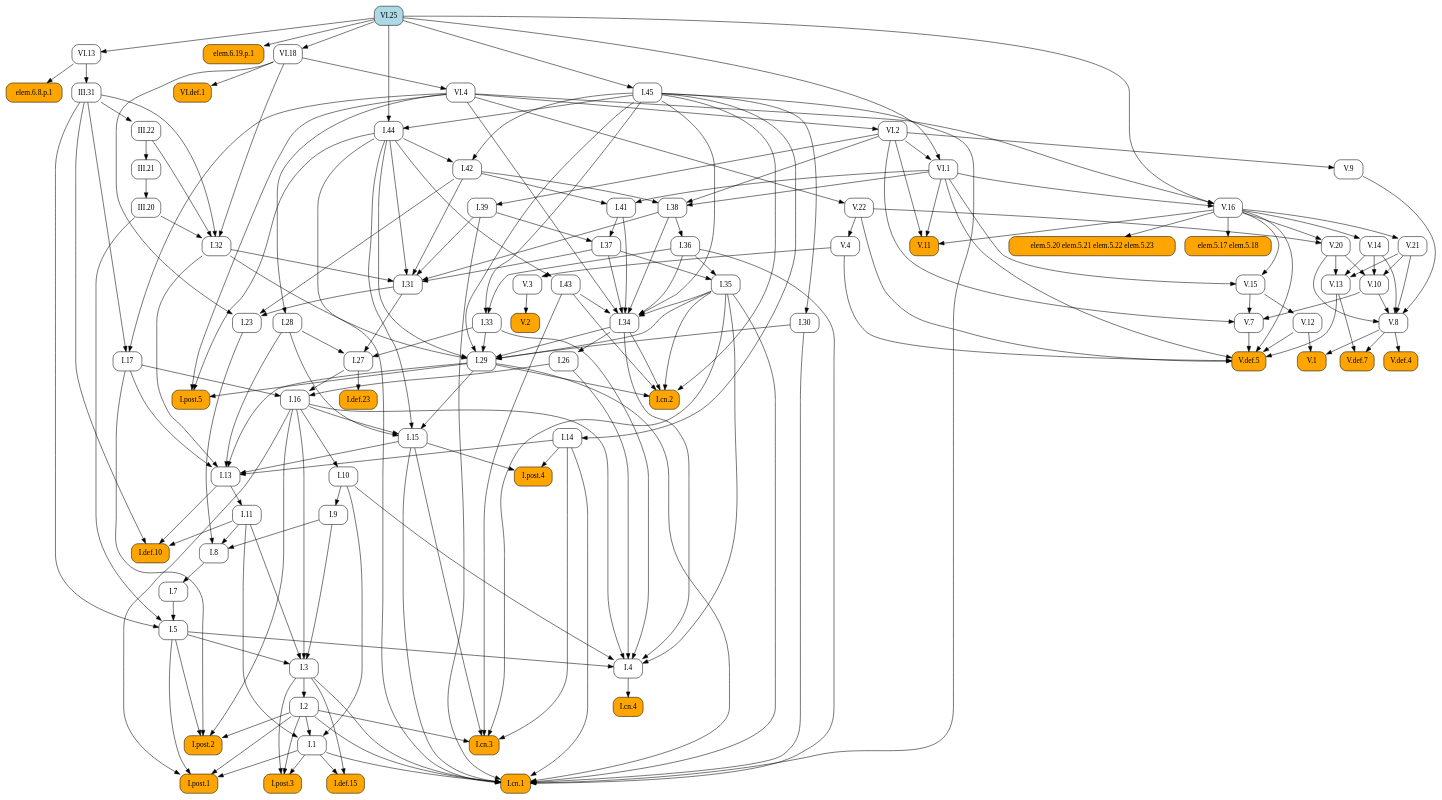
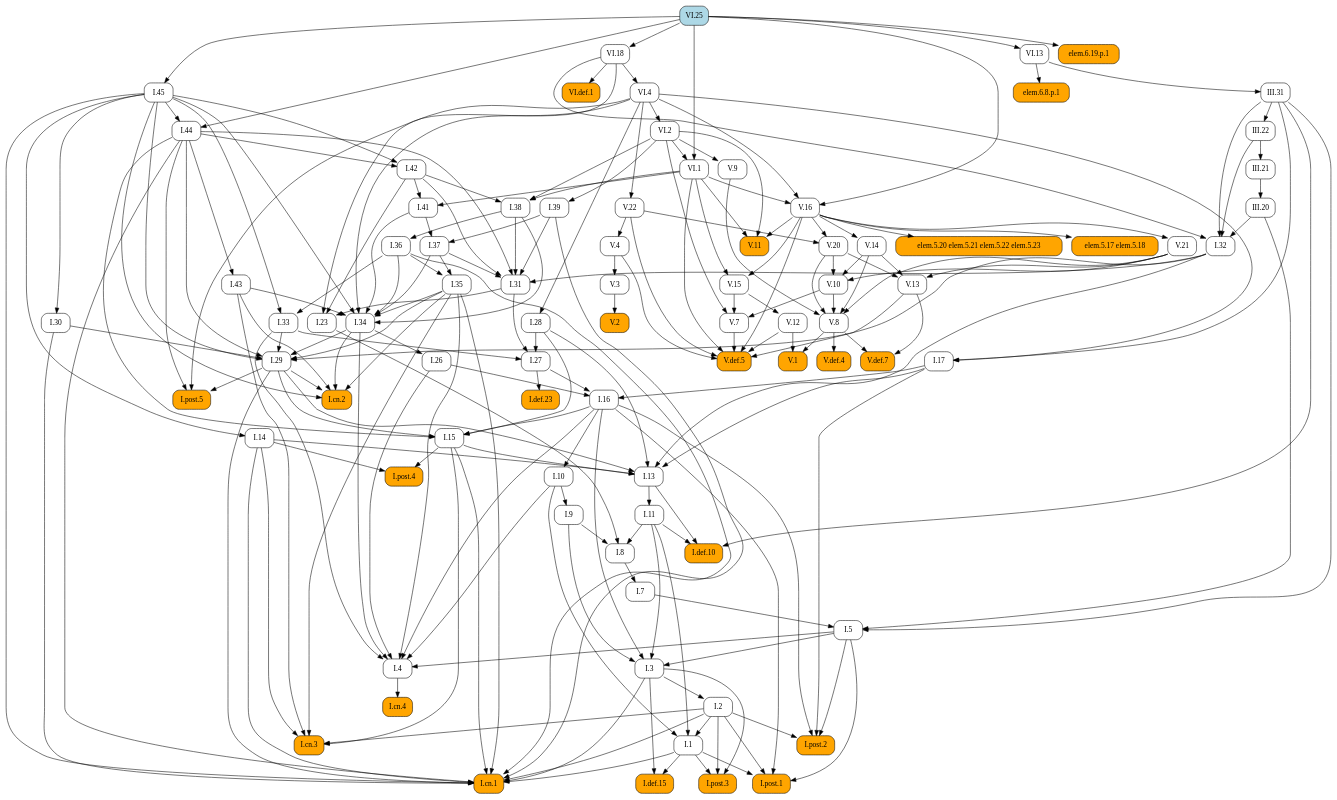
The diagram in docsrc/elements2/VI/25/index.rst (geometor/elements), drawn with Graphviz before and after one commit. The commit also changed other lines of this file and 409 other files, not shown here.

First line of the commit message:
feat: Add image cropping and graphic extraction script

```diff
--- a/docsrc/elements2/VI/25/index.rst
+++ b/docsrc/elements2/VI/25/index.rst
@@ -51,258 +51,116 @@
    digraph {
      rankdir="TB";
      node [shape=box, style=rounded];
+     "I.31" [URL="/elements2/I/31/", target="_top"];
+     "I.41" [URL="/elements2/I/41/", target="_top"];
+     "V.10" [URL="/elements2/V/10/", target="_top"];
      "I.8" [URL="/elements2/I/8/", target="_top"];
-     "V.20" [URL="/elements2/V/20/", target="_top"];
+     "I.15" [URL="/elements2/I/15/", target="_top"];
+     "VI.1" [URL="/elements2/VI/1/", target="_top"];
+     "V.8" [URL="/elements2/V/8/", target="_top"];
+     "I.44" [URL="/elements2/I/44/", target="_top"];
+     "I.26" [URL="/elements2/I/26/", target="_top"];
+     "I.cn.1" [style="rounded,filled", fillcolor=orange, URL="/elements2/I/cn.1/", target="_top"];
+     "elem.5.20 elem.5.21 elem.5.22 elem.5.23" [style="rounded,filled", fillcolor=orange];
+     "elem.6.8.p.1" [style="rounded,filled", fillcolor=orange];
+     "I.28" [URL="/elements2/I/28/", target="_top"];
+     "V.def.5" [style="rounded,filled", fillcolor=orange, URL="/elements2/V/def.5/", target="_top"];
+     "I.16" [URL="/elements2/I/16/", target="_top"];
+     "VI.13" [URL="/elements2/VI/13/", target="_top"];
+     "I.35" [URL="/elements2/I/35/", target="_top"];
+     "I.34" [URL="/elements2/I/34/", target="_top"];
+     "elem.6.19.p.1" [style="rounded,filled", fillcolor=orange];
+     "I.30" [URL="/elements2/I/30/", target="_top"];
+     "VI.18" [URL="/elements2/VI/18/", target="_top"];
+     "VI.4" [URL="/elements2/VI/4/", target="_top"];
+     "I.33" [URL="/elements2/I/33/", target="_top"];
+     "V.15" [URL="/elements2/V/15/", target="_top"];
+     "V.4" [URL="/elements2/V/4/", target="_top"];
+     "elem.5.17 elem.5.18" [style="rounded,filled", fillcolor=orange];
+     "I.def.15" [style="rounded,filled", fillcolor=orange, URL="/elements2/I/def.15/", target="_top"];
+     "V.14" [URL="/elements2/V/14/", target="_top"];
+     "I.42" [URL="/elements2/I/42/", target="_top"];
+     "V.3" [URL="/elements2/V/3/", target="_top"];
+     "I.11" [URL="/elements2/I/11/", target="_top"];
+     "III.22" [URL="/elements2/III/22/", target="_top"];
+     "I.14" [URL="/elements2/I/14/", target="_top"];
+     "III.21" [URL="/elements2/III/21/", target="_top"];
+     "V.11" [style="rounded,filled", fillcolor=orange, URL="/elements2/V/11/", target="_top"];
+     "I.cn.3" [style="rounded,filled", fillcolor=orange, URL="/elements2/I/cn.3/", target="_top"];
+     "I.9" [URL="/elements2/I/9/", target="_top"];
+     "I.29" [URL="/elements2/I/29/", target="_top"];
+     "V.13" [URL="/elements2/V/13/", target="_top"];
      "I.36" [URL="/elements2/I/36/", target="_top"];
-     "V.def.5" [style="rounded,filled", fillcolor=orange, URL="/elements2/V/def.5/", target="_top"];
-     "VI.13" [URL="/elements2/VI/13/", target="_top"];
-     "I.38" [URL="/elements2/I/38/", target="_top"];
-     "I.post.5" [style="rounded,filled", fillcolor=orange, URL="/elements2/I/post.5/", target="_top"];
-     "I.def.10" [style="rounded,filled", fillcolor=orange, URL="/elements2/I/def.10/", target="_top"];
-     "I.30" [URL="/elements2/I/30/", target="_top"];
+     "I.post.1" [style="rounded,filled", fillcolor=orange, URL="/elements2/I/post.1/", target="_top"];
+     "V.def.4" [style="rounded,filled", fillcolor=orange, URL="/elements2/V/def.4/", target="_top"];
+     "VI.2" [URL="/elements2/VI/2/", target="_top"];
+     "I.27" [URL="/elements2/I/27/", target="_top"];
+     "V.1" [style="rounded,filled", fillcolor=orange, URL="/elements2/V/1/", target="_top"];
+     "I.cn.4" [style="rounded,filled", fillcolor=orange, URL="/elements2/I/cn.4/", target="_top"];
+     "I.post.4" [style="rounded,filled", fillcolor=orange, URL="/elements2/I/post.4/", target="_top"];
      "I.cn.2" [style="rounded,filled", fillcolor=orange, URL="/elements2/I/cn.2/", target="_top"];
-     "elem.6.19.p.1" [style="rounded,filled", fillcolor=orange];
-     "III.31" [URL="/elements2/III/31/", target="_top"];
-     "I.31" [URL="/elements2/I/31/", target="_top"];
+     "V.7" [URL="/elements2/V/7/", target="_top"];
+     "I.37" [URL="/elements2/I/37/", target="_top"];
      "I.43" [URL="/elements2/I/43/", target="_top"];
-     "I.post.2" [style="rounded,filled", fillcolor=orange, URL="/elements2/I/post.2/", target="_top"];
-     "I.def.23" [style="rounded,filled", fillcolor=orange, URL="/elements2/I/def.23/", target="_top"];
-     "VI.25" [style="rounded,filled", fillcolor=lightblue, URL="/elements2/VI/25/", target="_top"];
-     "I.26" [URL="/elements2/I/26/", target="_top"];
-     "elem.6.8.p.1" [style="rounded,filled", fillcolor=orange];
-     "V.3" [URL="/elements2/V/3/", target="_top"];
-     "I.cn.3" [style="rounded,filled", fillcolor=orange, URL="/elements2/I/cn.3/", target="_top"];
+     "V.21" [URL="/elements2/V/21/", target="_top"];
+     "I.5" [URL="/elements2/I/5/", target="_top"];
+     "V.def.7" [style="rounded,filled", fillcolor=orange, URL="/elements2/V/def.7/", target="_top"];
+     "I.17" [URL="/elements2/I/17/", target="_top"];
+     "V.12" [URL="/elements2/V/12/", target="_top"];
+     "I.32" [URL="/elements2/I/32/", target="_top"];
+     "I.7" [URL="/elements2/I/7/", target="_top"];
+     "I.23" [URL="/elements2/I/23/", target="_top"];
+     "V.9" [URL="/elements2/V/9/", target="_top"];
      "III.20" [URL="/elements2/III/20/", target="_top"];
      "V.2" [style="rounded,filled", fillcolor=orange, URL="/elements2/V/2/", target="_top"];
-     "V.12" [URL="/elements2/V/12/", target="_top"];
+     "VI.25" [style="rounded,filled", fillcolor=lightblue, URL="/elements2/VI/25/", target="_top"];
+     "I.38" [URL="/elements2/I/38/", target="_top"];
+     "III.31" [URL="/elements2/III/31/", target="_top"];
+     "I.def.10" [style="rounded,filled", fillcolor=orange, URL="/elements2/I/def.10/", target="_top"];
+     "V.20" [URL="/elements2/V/20/", target="_top"];
+     "I.def.23" [style="rounded,filled", fillcolor=orange, URL="/elements2/I/def.23/", target="_top"];
+     "V.16" [URL="/elements2/V/16/", target="_top"];
+     "I.post.5" [style="rounded,filled", fillcolor=orange, URL="/elements2/I/post.5/", target="_top"];
+     "I.3" [URL="/elements2/I/3/", target="_top"];
+     "I.10" [URL="/elements2/I/10/", target="_top"];
+     "I.13" [URL="/elements2/I/13/", target="_top"];
+     "I.4" [URL="/elements2/I/4/", target="_top"];
+     "I.post.3" [style="rounded,filled", fillcolor=orange, URL="/elements2/I/post.3/", target="_top"];
+     "I.39" [URL="/elements2/I/39/", target="_top"];
+     "I.45" [URL="/elements2/I/45/", target="_top"];
+     "I.2" [URL="/elements2/I/2/", target="_top"];
+     "VI.def.1" [style="rounded,filled", fillcolor=orange, URL="/elements2/VI/def.1/", target="_top"];
+     "I.1" [URL="/elements2/I/1/", target="_top"];
+     "I.post.2" [style="rounded,filled", fillcolor=orange, URL="/elements2/I/post.2/", target="_top"];
      "V.22" [URL="/elements2/V/22/", target="_top"];
-     "VI.18" [URL="/elements2/VI/18/", target="_top"];
-     "I.41" [URL="/elements2/I/41/", target="_top"];
-     "I.35" [URL="/elements2/I/35/", target="_top"];
-     "I.28" [URL="/elements2/I/28/", target="_top"];
-     "I.27" [URL="/elements2/I/27/", target="_top"];
-     "I.4" [URL="/elements2/I/4/", target="_top"];
-     "I.44" [URL="/elements2/I/44/", target="_top"];
-     "V.8" [URL="/elements2/V/8/", target="_top"];
-     "VI.2" [URL="/elements2/VI/2/", target="_top"];
-     "I.39" [URL="/elements2/I/39/", target="_top"];
-     "I.15" [URL="/elements2/I/15/", target="_top"];
-     "I.34" [URL="/elements2/I/34/", target="_top"];
-     "I.post.3" [style="rounded,filled", fillcolor=orange, URL="/elements2/I/post.3/", target="_top"];
-     "I.32" [URL="/elements2/I/32/", target="_top"];
-     "V.def.4" [style="rounded,filled", fillcolor=orange, URL="/elements2/V/def.4/", target="_top"];
-     "I.14" [URL="/elements2/I/14/", target="_top"];
-     "I.post.1" [style="rounded,filled", fillcolor=orange, URL="/elements2/I/post.1/", target="_top"];
-     "I.33" [URL="/elements2/I/33/", target="_top"];
-     "I.45" [URL="/elements2/I/45/", target="_top"];
-     "I.5" [URL="/elements2/I/5/", target="_top"];
-     "elem.5.17 elem.5.18" [style="rounded,filled", fillcolor=orange];
-     "VI.1" [URL="/elements2/VI/1/", target="_top"];
-     "V.11" [style="rounded,filled", fillcolor=orange, URL="/elements2/V/11/", target="_top"];
-     "V.13" [URL="/elements2/V/13/", target="_top"];
-     "III.22" [URL="/elements2/III/22/", target="_top"];
-     "V.9" [URL="/elements2/V/9/", target="_top"];
-     "V.16" [URL="/elements2/V/16/", target="_top"];
-     "I.def.15" [style="rounded,filled", fillcolor=orange, URL="/elements2/I/def.15/", target="_top"];
-     "V.15" [URL="/elements2/V/15/", target="_top"];
-     "I.11" [URL="/elements2/I/11/", target="_top"];
-     "I.3" [URL="/elements2/I/3/", target="_top"];
-     "V.14" [URL="/elements2/V/14/", target="_top"];
-     "VI.4" [URL="/elements2/VI/4/", target="_top"];
-     "V.10" [URL="/elements2/V/10/", target="_top"];
-     "I.1" [URL="/elements2/I/1/", target="_top"];
-     "I.cn.4" [style="rounded,filled", fillcolor=orange, URL="/elements2/I/cn.4/", target="_top"];
-     "I.23" [URL="/elements2/I/23/", target="_top"];
-     "III.21" [URL="/elements2/III/21/", target="_top"];
-     "I.7" [URL="/elements2/I/7/", target="_top"];
-     "I.42" [URL="/elements2/I/42/", target="_top"];
-     "I.17" [URL="/elements2/I/17/", target="_top"];
-     "I.9" [URL="/elements2/I/9/", target="_top"];
-     "V.1" [style="rounded,filled", fillcolor=orange, URL="/elements2/V/1/", target="_top"];
-     "V.7" [URL="/elements2/V/7/", target="_top"];
-     "I.29" [URL="/elements2/I/29/", target="_top"];
-     "I.16" [URL="/elements2/I/16/", target="_top"];
-     "V.21" [URL="/elements2/V/21/", target="_top"];
-     "elem.5.20 elem.5.21 elem.5.22 elem.5.23" [style="rounded,filled", fillcolor=orange];
-     "I.cn.1" [style="rounded,filled", fillcolor=orange, URL="/elements2/I/cn.1/", target="_top"];
-     "I.post.4" [style="rounded,filled", fillcolor=orange, URL="/elements2/I/post.4/", target="_top"];
-     "I.13" [URL="/elements2/I/13/", target="_top"];
-     "VI.def.1" [style="rounded,filled", fillcolor=orange, URL="/elements2/VI/def.1/", target="_top"];
-     "I.2" [URL="/elements2/I/2/", target="_top"];
-     "I.37" [URL="/elements2/I/37/", target="_top"];
-     "I.10" [URL="/elements2/I/10/", target="_top"];
-     "V.def.7" [style="rounded,filled", fillcolor=orange, URL="/elements2/V/def.7/", target="_top"];
-     "V.4" [URL="/elements2/V/4/", target="_top"];
-     "I.9" -> "I.8";
-     "I.11" -> "I.8";
-     "I.23" -> "I.8";
-     "V.16" -> "V.20";
-     "V.22" -> "V.20";
-     "I.38" -> "I.36";
-     "V.4" -> "V.def.5";
-     "V.7" -> "V.def.5";
-     "V.12" -> "V.def.5";
-     "V.13" -> "V.def.5";
-     "V.16" -> "V.def.5";
-     "V.22" -> "V.def.5";
-     "VI.1" -> "V.def.5";
-     "VI.25" -> "VI.13";
-     "I.42" -> "I.38";
-     "VI.1" -> "I.38";
-     "VI.2" -> "I.38";
-     "I.29" -> "I.post.5";
-     "I.44" -> "I.post.5";
-     "VI.4" -> "I.post.5";
-     "I.11" -> "I.def.10";
-     "I.13" -> "I.def.10";
-     "III.31" -> "I.def.10";
-     "I.45" -> "I.30";
-     "I.29" -> "I.cn.2";
-     "I.34" -> "I.cn.2";
-     "I.35" -> "I.cn.2";
-     "I.43" -> "I.cn.2";
-     "I.45" -> "I.cn.2";
-     "VI.25" -> "elem.6.19.p.1";
-     "VI.13" -> "III.31";
      "I.32" -> "I.31";
      "I.37" -> "I.31";
      "I.38" -> "I.31";
      "I.39" -> "I.31";
      "I.42" -> "I.31";
      "I.44" -> "I.31";
-     "I.44" -> "I.43";
-     "I.2" -> "I.post.2";
-     "I.5" -> "I.post.2";
-     "I.16" -> "I.post.2";
-     "I.17" -> "I.post.2";
-     "I.27" -> "I.def.23";
-     "I.34" -> "I.26";
-     "VI.13" -> "elem.6.8.p.1";
-     "V.4" -> "V.3";
-     "I.2" -> "I.cn.3";
-     "I.14" -> "I.cn.3";
-     "I.15" -> "I.cn.3";
-     "I.35" -> "I.cn.3";
-     "I.43" -> "I.cn.3";
-     "III.21" -> "III.20";
-     "V.3" -> "V.2";
-     "V.15" -> "V.12";
-     "VI.4" -> "V.22";
-     "VI.25" -> "VI.18";
      "I.42" -> "I.41";
      "VI.1" -> "I.41";
-     "I.36" -> "I.35";
-     "I.37" -> "I.35";
-     "VI.4" -> "I.28";
-     "I.28" -> "I.27";
-     "I.31" -> "I.27";
-     "I.33" -> "I.27";
-     "I.5" -> "I.4";
-     "I.10" -> "I.4";
-     "I.16" -> "I.4";
-     "I.26" -> "I.4";
-     "I.33" -> "I.4";
-     "I.34" -> "I.4";
-     "I.35" -> "I.4";
-     "I.45" -> "I.44";
-     "VI.25" -> "I.44";
+     "V.14" -> "V.10";
+     "V.20" -> "V.10";
+     "V.21" -> "V.10";
+     "I.9" -> "I.8";
+     "I.11" -> "I.8";
+     "I.23" -> "I.8";
+     "I.16" -> "I.15";
+     "I.28" -> "I.15";
+     "I.29" -> "I.15";
+     "I.44" -> "I.15";
+     "VI.2" -> "VI.1";
+     "VI.25" -> "VI.1";
      "V.9" -> "V.8";
      "V.10" -> "V.8";
      "V.14" -> "V.8";
      "V.20" -> "V.8";
      "V.21" -> "V.8";
-     "VI.4" -> "VI.2";
-     "VI.2" -> "I.39";
-     "I.16" -> "I.15";
-     "I.28" -> "I.15";
-     "I.29" -> "I.15";
-     "I.44" -> "I.15";
-     "I.35" -> "I.34";
-     "I.36" -> "I.34";
-     "I.37" -> "I.34";
-     "I.38" -> "I.34";
-     "I.41" -> "I.34";
-     "I.43" -> "I.34";
-     "I.45" -> "I.34";
-     "VI.4" -> "I.34";
-     "I.1" -> "I.post.3";
-     "I.2" -> "I.post.3";
-     "I.3" -> "I.post.3";
-     "III.20" -> "I.32";
-     "III.22" -> "I.32";
-     "III.31" -> "I.32";
-     "VI.18" -> "I.32";
-     "V.8" -> "V.def.4";
-     "I.45" -> "I.14";
-     "I.1" -> "I.post.1";
-     "I.2" -> "I.post.1";
-     "I.5" -> "I.post.1";
-     "I.16" -> "I.post.1";
-     "I.36" -> "I.33";
-     "I.45" -> "I.33";
-     "VI.25" -> "I.45";
-     "I.7" -> "I.5";
-     "III.20" -> "I.5";
-     "III.31" -> "I.5";
-     "V.16" -> "elem.5.17 elem.5.18";
-     "VI.2" -> "VI.1";
-     "VI.25" -> "VI.1";
-     "V.16" -> "V.11";
-     "VI.1" -> "V.11";
-     "VI.2" -> "V.11";
-     "V.14" -> "V.13";
-     "V.20" -> "V.13";
-     "V.21" -> "V.13";
-     "III.31" -> "III.22";
-     "VI.2" -> "V.9";
-     "VI.1" -> "V.16";
-     "VI.4" -> "V.16";
-     "VI.25" -> "V.16";
-     "I.1" -> "I.def.15";
-     "I.3" -> "I.def.15";
-     "V.16" -> "V.15";
-     "VI.1" -> "V.15";
-     "I.13" -> "I.11";
-     "I.5" -> "I.3";
-     "I.9" -> "I.3";
-     "I.11" -> "I.3";
-     "I.16" -> "I.3";
-     "V.16" -> "V.14";
-     "VI.18" -> "VI.4";
-     "V.14" -> "V.10";
-     "V.20" -> "V.10";
-     "V.21" -> "V.10";
-     "I.2" -> "I.1";
-     "I.10" -> "I.1";
-     "I.11" -> "I.1";
-     "I.4" -> "I.cn.4";
-     "I.31" -> "I.23";
-     "I.42" -> "I.23";
-     "VI.18" -> "I.23";
-     "III.22" -> "III.21";
-     "I.8" -> "I.7";
-     "I.44" -> "I.42";
-     "I.45" -> "I.42";
-     "III.31" -> "I.17";
-     "VI.4" -> "I.17";
-     "I.10" -> "I.9";
-     "V.8" -> "V.1";
-     "V.12" -> "V.1";
-     "V.10" -> "V.7";
-     "V.15" -> "V.7";
-     "VI.2" -> "V.7";
-     "I.30" -> "I.29";
-     "I.32" -> "I.29";
-     "I.33" -> "I.29";
-     "I.34" -> "I.29";
-     "I.35" -> "I.29";
-     "I.44" -> "I.29";
-     "I.45" -> "I.29";
-     "I.17" -> "I.16";
-     "I.26" -> "I.16";
-     "I.27" -> "I.16";
-     "V.16" -> "V.21";
-     "V.16" -> "elem.5.20 elem.5.21 elem.5.22 elem.5.23";
+     "I.45" -> "I.44";
+     "VI.25" -> "I.44";
+     "I.34" -> "I.26";
      "I.1" -> "I.cn.1";
      "I.2" -> "I.cn.1";
      "I.3" -> "I.cn.1";
@@ -315,20 +173,162 @@
      "I.39" -> "I.cn.1";
      "I.44" -> "I.cn.1";
      "I.45" -> "I.cn.1";
+     "V.16" -> "elem.5.20 elem.5.21 elem.5.22 elem.5.23";
+     "VI.13" -> "elem.6.8.p.1";
+     "VI.4" -> "I.28";
+     "V.4" -> "V.def.5";
+     "V.7" -> "V.def.5";
+     "V.12" -> "V.def.5";
+     "V.13" -> "V.def.5";
+     "V.16" -> "V.def.5";
+     "V.22" -> "V.def.5";
+     "VI.1" -> "V.def.5";
+     "I.17" -> "I.16";
+     "I.26" -> "I.16";
+     "I.27" -> "I.16";
+     "VI.25" -> "VI.13";
+     "I.36" -> "I.35";
+     "I.37" -> "I.35";
+     "I.35" -> "I.34";
+     "I.36" -> "I.34";
+     "I.37" -> "I.34";
+     "I.38" -> "I.34";
+     "I.41" -> "I.34";
+     "I.43" -> "I.34";
+     "I.45" -> "I.34";
+     "VI.4" -> "I.34";
+     "VI.25" -> "elem.6.19.p.1";
+     "I.45" -> "I.30";
+     "VI.25" -> "VI.18";
+     "VI.18" -> "VI.4";
+     "I.36" -> "I.33";
+     "I.45" -> "I.33";
+     "V.16" -> "V.15";
+     "VI.1" -> "V.15";
+     "V.22" -> "V.4";
+     "V.16" -> "elem.5.17 elem.5.18";
+     "I.1" -> "I.def.15";
+     "I.3" -> "I.def.15";
+     "V.16" -> "V.14";
+     "I.44" -> "I.42";
+     "I.45" -> "I.42";
+     "V.4" -> "V.3";
+     "I.13" -> "I.11";
+     "III.31" -> "III.22";
+     "I.45" -> "I.14";
+     "III.22" -> "III.21";
+     "V.16" -> "V.11";
+     "VI.1" -> "V.11";
+     "VI.2" -> "V.11";
+     "I.2" -> "I.cn.3";
+     "I.14" -> "I.cn.3";
+     "I.15" -> "I.cn.3";
+     "I.35" -> "I.cn.3";
+     "I.43" -> "I.cn.3";
+     "I.10" -> "I.9";
+     "I.30" -> "I.29";
+     "I.32" -> "I.29";
+     "I.33" -> "I.29";
+     "I.34" -> "I.29";
+     "I.35" -> "I.29";
+     "I.44" -> "I.29";
+     "I.45" -> "I.29";
+     "V.14" -> "V.13";
+     "V.20" -> "V.13";
+     "V.21" -> "V.13";
+     "I.38" -> "I.36";
+     "I.1" -> "I.post.1";
+     "I.2" -> "I.post.1";
+     "I.5" -> "I.post.1";
+     "I.16" -> "I.post.1";
+     "V.8" -> "V.def.4";
+     "VI.4" -> "VI.2";
+     "I.28" -> "I.27";
+     "I.31" -> "I.27";
+     "I.33" -> "I.27";
+     "V.8" -> "V.1";
+     "V.12" -> "V.1";
+     "I.4" -> "I.cn.4";
      "I.14" -> "I.post.4";
      "I.15" -> "I.post.4";
+     "I.29" -> "I.cn.2";
+     "I.34" -> "I.cn.2";
+     "I.35" -> "I.cn.2";
+     "I.43" -> "I.cn.2";
+     "I.45" -> "I.cn.2";
+     "V.10" -> "V.7";
+     "V.15" -> "V.7";
+     "VI.2" -> "V.7";
+     "I.39" -> "I.37";
+     "I.41" -> "I.37";
+     "I.44" -> "I.43";
+     "V.16" -> "V.21";
+     "I.7" -> "I.5";
+     "III.20" -> "I.5";
+     "III.31" -> "I.5";
+     "V.8" -> "V.def.7";
+     "V.13" -> "V.def.7";
+     "III.31" -> "I.17";
+     "VI.4" -> "I.17";
+     "V.15" -> "V.12";
+     "III.20" -> "I.32";
+     "III.22" -> "I.32";
+     "III.31" -> "I.32";
+     "VI.18" -> "I.32";
+     "I.8" -> "I.7";
+     "I.31" -> "I.23";
+     "I.42" -> "I.23";
+     "VI.18" -> "I.23";
+     "VI.2" -> "V.9";
+     "III.21" -> "III.20";
+     "V.3" -> "V.2";
+     "I.42" -> "I.38";
+     "VI.1" -> "I.38";
+     "VI.2" -> "I.38";
+     "VI.13" -> "III.31";
+     "I.11" -> "I.def.10";
+     "I.13" -> "I.def.10";
+     "III.31" -> "I.def.10";
+     "V.16" -> "V.20";
+     "V.22" -> "V.20";
+     "I.27" -> "I.def.23";
+     "VI.1" -> "V.16";
+     "VI.4" -> "V.16";
+     "VI.25" -> "V.16";
+     "I.29" -> "I.post.5";
+     "I.44" -> "I.post.5";
+     "VI.4" -> "I.post.5";
+     "I.5" -> "I.3";
+     "I.9" -> "I.3";
+     "I.11" -> "I.3";
+     "I.16" -> "I.3";
+     "I.16" -> "I.10";
      "I.14" -> "I.13";
      "I.15" -> "I.13";
      "I.17" -> "I.13";
      "I.28" -> "I.13";
      "I.29" -> "I.13";
      "I.32" -> "I.13";
+     "I.5" -> "I.4";
+     "I.10" -> "I.4";
+     "I.16" -> "I.4";
+     "I.26" -> "I.4";
+     "I.33" -> "I.4";
+     "I.34" -> "I.4";
+     "I.35" -> "I.4";
+     "I.1" -> "I.post.3";
+     "I.2" -> "I.post.3";
+     "I.3" -> "I.post.3";
+     "VI.2" -> "I.39";
+     "VI.25" -> "I.45";
+     "I.3" -> "I.2";
      "VI.18" -> "VI.def.1";
-     "I.3" -> "I.2";
-     "I.39" -> "I.37";
-     "I.41" -> "I.37";
-     "I.16" -> "I.10";
-     "V.8" -> "V.def.7";
-     "V.13" -> "V.def.7";
-     "V.22" -> "V.4";
+     "I.2" -> "I.1";
+     "I.10" -> "I.1";
+     "I.11" -> "I.1";
+     "I.2" -> "I.post.2";
+     "I.5" -> "I.post.2";
+     "I.16" -> "I.post.2";
+     "I.17" -> "I.post.2";
+     "VI.4" -> "V.22";
    }
```
